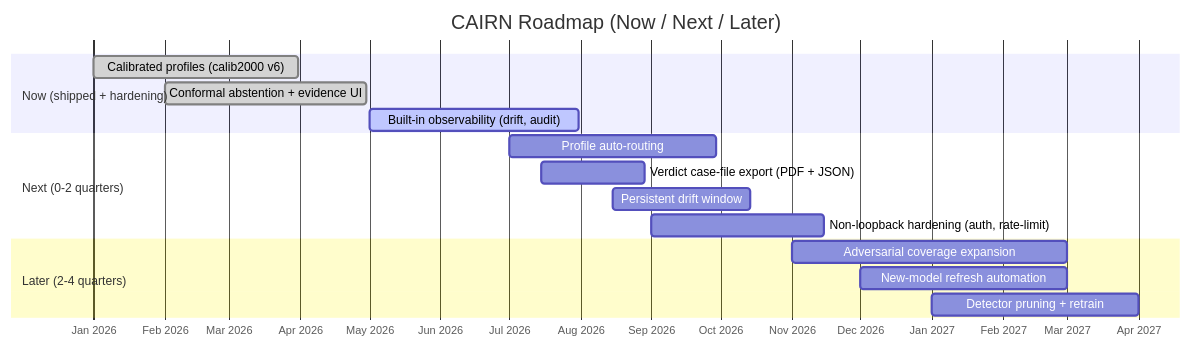
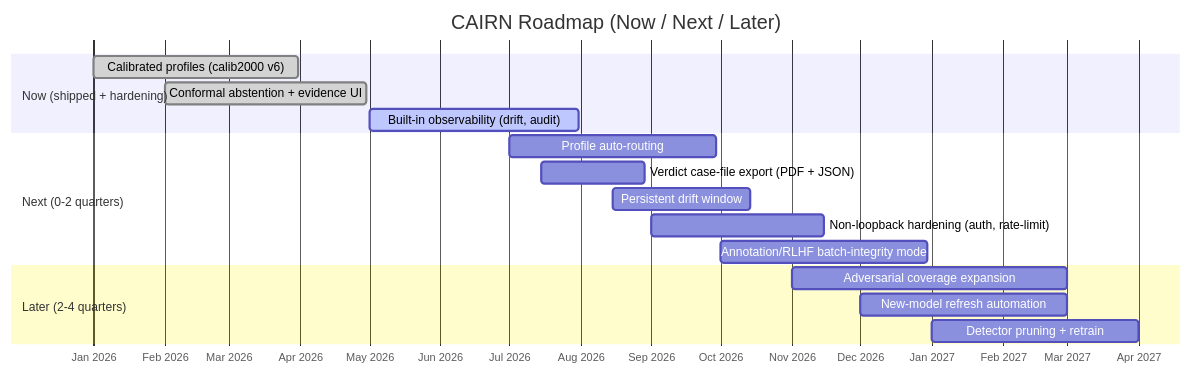
Before and after one commit to occamsrazor0102/cairn: the diagram in docs/prd.md, drawn with Mermaid. The commit also changed other lines of this file, not shown here.

First line of the commit message:
docs: add annotation/RLHF batch-integrity bet to PRD RICE and roadmap

````diff
--- a/docs/prd.md
+++ b/docs/prd.md
@@ -428,19 +438,20 @@
 ```mermaid
 gantt
     title CAIRN Roadmap (Now / Next / Later)
     dateFormat YYYY-MM-DD
     axisFormat %b %Y
     section Now (shipped + hardening)
     Calibrated profiles (calib2000 v6)        :done,   p1, 2026-01-01, 2026-03-31
     Conformal abstention + evidence UI        :done,   p2, 2026-02-01, 2026-04-30
     Built-in observability (drift, audit)     :active, p3, 2026-05-01, 2026-07-31
     section Next (0-2 quarters)
     Profile auto-routing                      :        n1, 2026-07-01, 90d
     Verdict case-file export (PDF + JSON)      :        n2, 2026-07-15, 45d
     Persistent drift window                   :        n3, 2026-08-15, 60d
     Non-loopback hardening (auth, rate-limit) :        n4, 2026-09-01, 75d
+    Annotation/RLHF batch-integrity mode      :        n5, 2026-10-01, 90d
     section Later (2-4 quarters)
     Adversarial coverage expansion            :        l1, 2026-11-01, 120d
     New-model refresh automation              :        l2, 2026-12-01, 90d
     Detector pruning + retrain                :        l3, 2027-01-01, 90d
 ```
````
